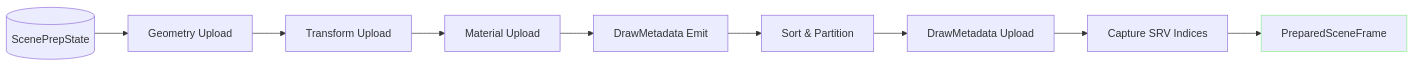
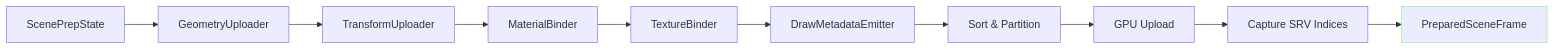
The fourth of 7 diagrams in projects/Oxygen.Engine/src/Oxygen/Renderer/Docs/passes/data_flow.md (abdes/DroidNet), drawn with Mermaid before and after one commit. The commit also changed other lines of this file and 1 other file, not shown here.

````diff
--- a/projects/Oxygen.Engine/src/Oxygen/Renderer/Docs/passes/data_flow.md
+++ b/projects/Oxygen.Engine/src/Oxygen/Renderer/Docs/passes/data_flow.md
@@ -143,13 +172,14 @@
 ```mermaid
-graph LR
-    State[(ScenePrepState)] --> GeoUp[Geometry Upload]
-    GeoUp --> TransUp[Transform Upload]
-    TransUp --> MatUp[Material Upload]
-    MatUp --> DrawMD[DrawMetadata Emit]
-    DrawMD --> Sort[Sort & Partition]
-    Sort --> MDUp[DrawMetadata Upload]
-    MDUp --> SRV[Capture SRV Indices]
-    SRV --> PrepFrame[PreparedSceneFrame]
+flowchart LR
+    State["ScenePrepState"] --> Geo[GeometryUploader]
+    Geo --> Xform[TransformUploader]
+    Xform --> Mat[MaterialBinder]
+    Mat --> Tex[TextureBinder]
+    Tex --> DM[DrawMetadataEmitter]
+    DM --> Sort[Sort & Partition]
+    Sort --> Upload[GPU Upload]
+    Upload --> SRV[Capture SRV Indices]
+    SRV --> PSF["PreparedSceneFrame"]
 
-    style PrepFrame stroke:#90EE90
+    style PSF stroke:#90EE90
 ```
````
